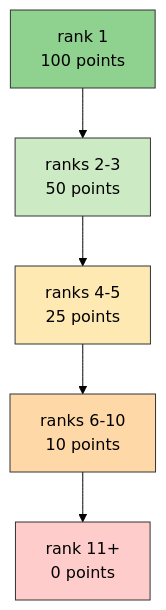
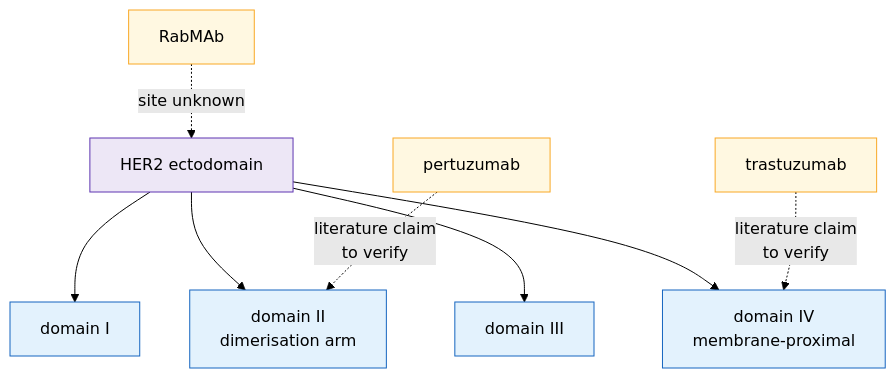
Before and after one commit to agharsallah/mva-hackathon: the third of 6 diagrams in docs/dictionary.md, drawn with Mermaid (forest theme). The commit also changed other lines of this file and 45 other files, not shown here.

````diff
--- a/docs/dictionary.md
+++ b/docs/dictionary.md
@@ -1634,9 +490,13 @@
 ```mermaid
-flowchart TB
-    R1["rank 1<br/>100 points"] --> R23["ranks 2-3<br/>50 points"] --> R45["ranks 4-5<br/>25 points"] --> R610["ranks 6-10<br/>10 points"] --> R0["rank 11+<br/>0 points"]
-    style R1 fill:#8fd18f,stroke:#333,color:#000
-    style R23 fill:#ccebc5,stroke:#333,color:#000
-    style R45 fill:#ffe9b3,stroke:#333,color:#000
-    style R610 fill:#ffd8a8,stroke:#333,color:#000
-    style R0 fill:#ffcccc,stroke:#333,color:#000
+graph TD
+    H["HER2 ectodomain"]:::raw --> D1["domain I"]:::machine
+    H --> D2["domain II<br/>dimerisation arm"]:::machine
+    H --> D3["domain III"]:::machine
+    H --> D4["domain IV<br/>membrane-proximal"]:::machine
+    P["pertuzumab"]:::decision -.->|"literature claim<br/>to verify"| D2
+    T["trastuzumab"]:::decision -.->|"literature claim<br/>to verify"| D4
+    R["RabMAb"]:::decision -.->|"site unknown"| H
+    classDef raw fill:#ede7f6,stroke:#5e35b1
+    classDef machine fill:#e3f2fd,stroke:#1565c0
+    classDef decision fill:#fff8e1,stroke:#f9a825
 ```
````
